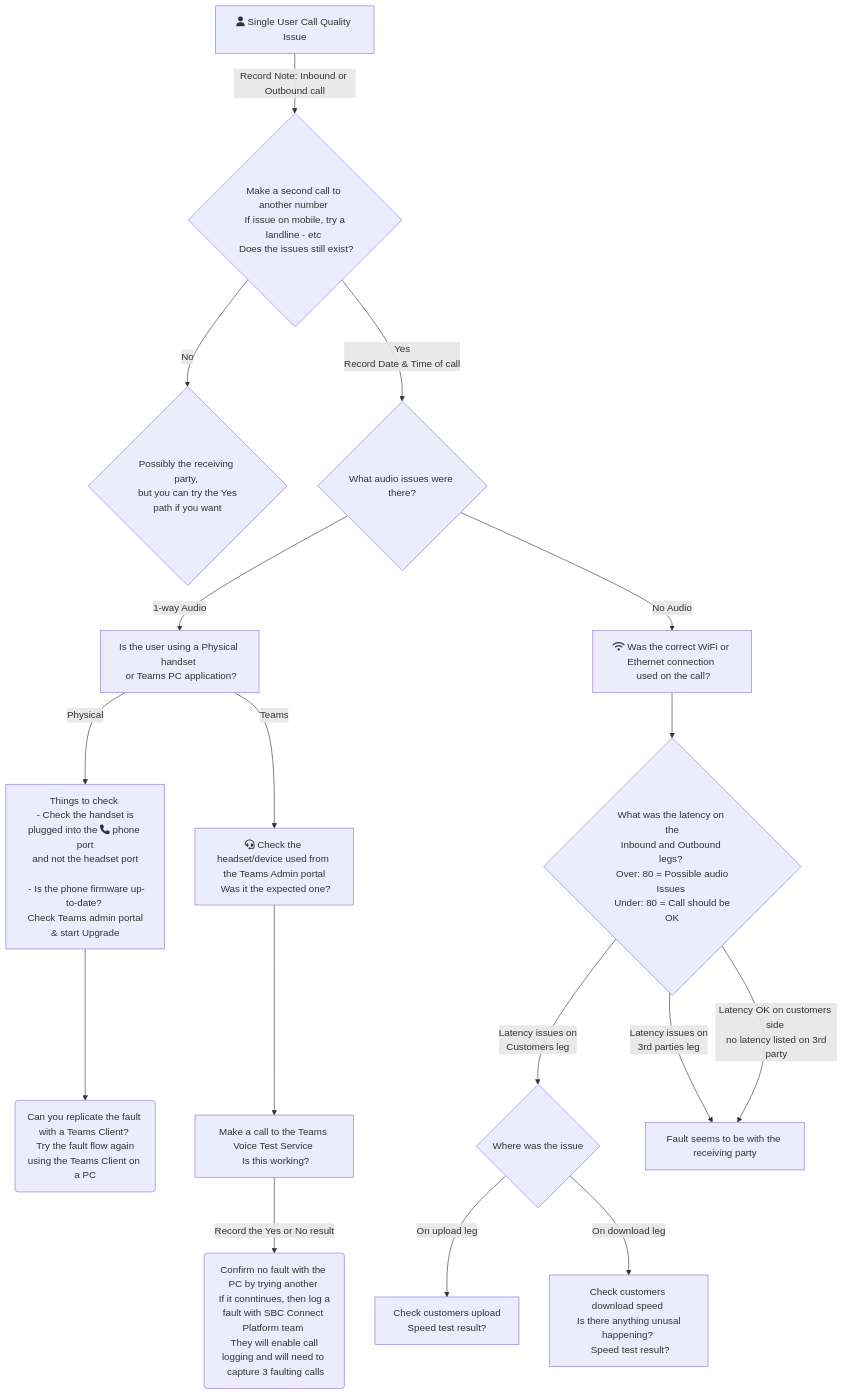
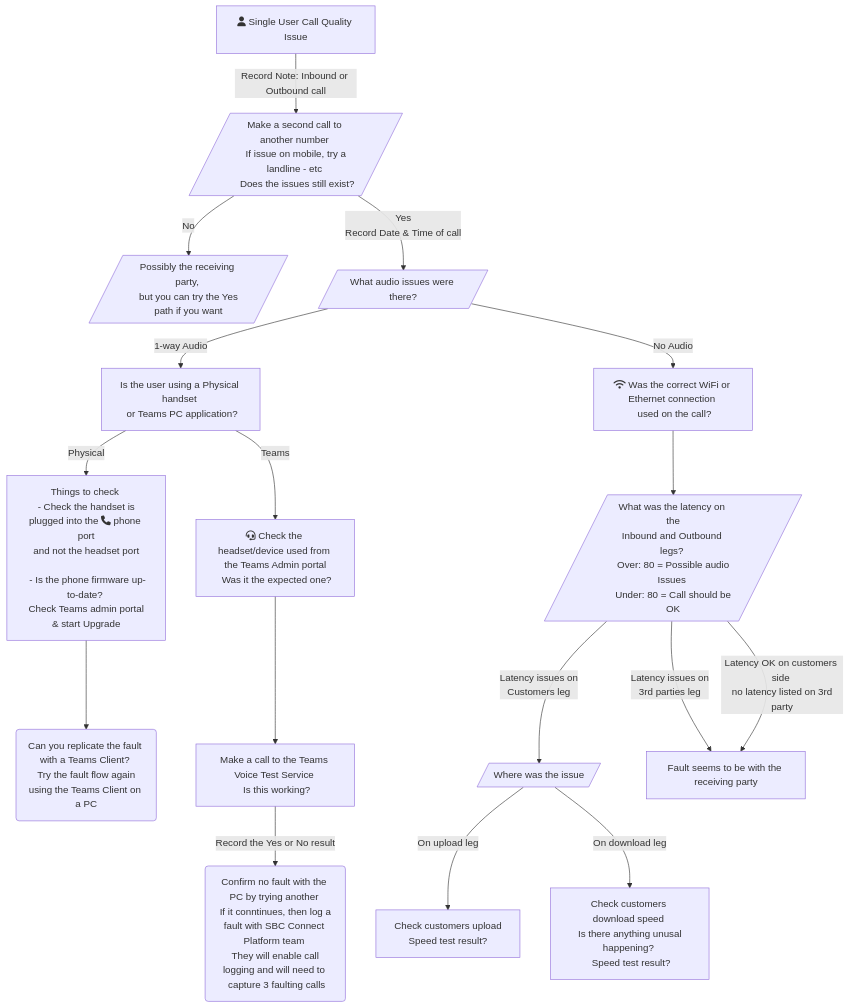
Before and after one commit to SBCConnect/documentation: the diagram in docs/pages/call-quality-issues.md, drawn with Mermaid.

`````diff
--- a/docs/pages/call-quality-issues.md
+++ b/docs/pages/call-quality-issues.md
@@ -5,19 +5,19 @@
 ````mermaid
 graph TD
-	Start[fa:fa-user Single User Call Quality Issue] -->|Record Note: Inbound or Outbound call| 2ndcall{Make a second call to another number <br> If issue on mobile, try a landline - etc <br> Does the issues still exist?}
-	2ndcall -->|No| 2ndcallNo{Possibly the receiving party, <br> but you can try the Yes path if you want}
-	2ndcall -->|Yes <br> Record Date & Time of call| audio{What audio issues were there?}
+	Start[fa:fa-user Single User Call Quality Issue] -->|Record Note: Inbound or Outbound call| 2ndcall[/Make a second call to another number <br> If issue on mobile, try a landline - etc <br> Does the issues still exist?/]
+	2ndcall -->|No| 2ndcallNo[/Possibly the receiving party, <br> but you can try the Yes path if you want/]
+	2ndcall -->|Yes <br> Record Date & Time of call| audio[/What audio issues were there?/]
     audio -->|1-way Audio| hardware[Is the user using a Physical handset <br> or Teams PC application?]
 	hardware -->|Physical| hardwarePhysical[Things to check <br> - Check the handset is plugged into the fa:fa-phone phone port<br> and not the headset port <br><br> - Is the phone firmware up-to-date? <br> Check Teams admin portal & start Upgrade]
 	hardwarePhysical --> hardwareReplicateFault(Can you replicate the fault with a Teams Client? <br> Try the fault flow again using the Teams Client on a PC)
 	hardware -->|Teams| softphone[fa:fa-headset Check the headset/device used from <br> the Teams Admin portal <br> Was it the expected one?]
 	softphone --> softphonehardwareTestCall[Make a call to the Teams Voice Test Service <br> Is this working?]
 	softphonehardwareTestCall -->|Record the Yes or No result| softphoneTestCallresultNo(Confirm no fault with the PC by trying another <br> If it conntinues, then log a fault with SBC Connect Platform team <br> They will enable call logging and will need to <br> capture 3 faulting calls)
     audio -->|No Audio| media[fa:fa-wifi Was the correct WiFi or Ethernet connection <br> used on the call?]
-	media --> latency{What was the latency on the<br>Inbound and Outbound legs? <br> Over: 80 = Possible audio Issues <br> Under: 80 = Call should be OK}
-	latency -->|Latency issues on <br> Customers leg| checkCustomerSelection{Where was the issue}
+	media --> latency[/What was the latency on the<br>Inbound and Outbound legs? <br> Over: 80 = Possible audio Issues <br> Under: 80 = Call should be OK/]
+	latency -->|Latency issues on <br> Customers leg| checkCustomerSelection[/Where was the issue/]
 	latency -->|Latency issues on <br> 3rd parties leg| check3rdPartiesSelection[Fault seems to be with the receiving party]
 	latency -->|Latency OK on customers side <br> no latency listed on 3rd party| check3rdPartiesSelection
 	checkCustomerSelection -->|On upload leg| checkCustomerUpload[Check customers upload <br> Speed test result?]
 	checkCustomerSelection -->|On download leg| checkCustomerDownload[Check customers download speed <br> Is there anything unusal happening? <br> Speed test result?]
 ````
`````
